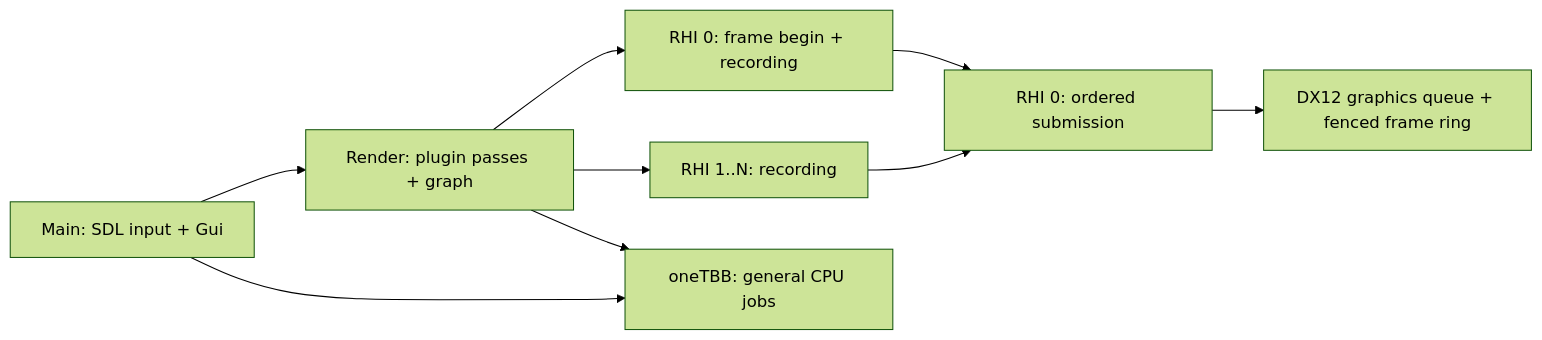
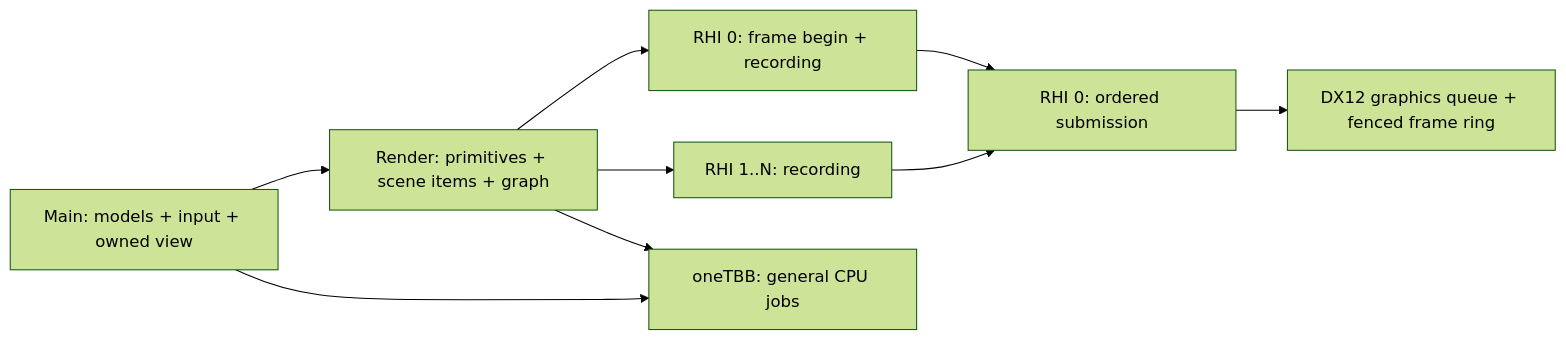
One commit to jackgan90/HyperionEngine changed the first of 2 diagrams in docs/Architecture.md. Above: the diagram before and after it, drawn with Mermaid (forest theme). The commit also changed other lines of this file and 69 other files, not shown here.

First line of the commit message:
feat: introduce render primitives and shared scene resources

````diff
--- a/docs/Architecture.md
+++ b/docs/Architecture.md
@@ -5,11 +5,11 @@
 ```mermaid
 flowchart LR
-  Main[Main: SDL input + Gui] --> Render[Render: plugin passes + graph]
+  Main[Main: models + input + owned view] --> Render[Render: primitives + scene items + graph]
   Render --> R0[RHI 0: frame begin + recording]
   Render --> R1[RHI 1..N: recording]
   R0 --> Submit[RHI 0: ordered submission]
   R1 --> Submit
   Submit --> GPU[DX12 graphics queue + fenced frame ring]
   Main --> Worker[oneTBB: general CPU jobs]
   Render --> Worker
 ```
````
